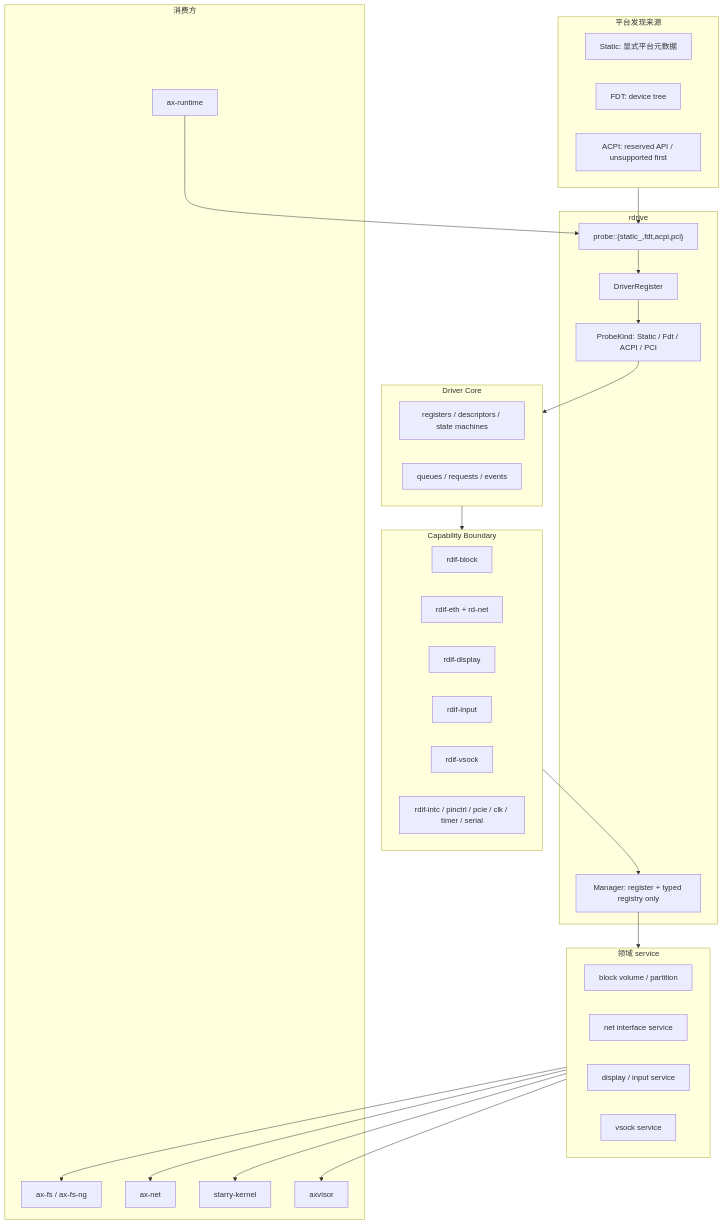
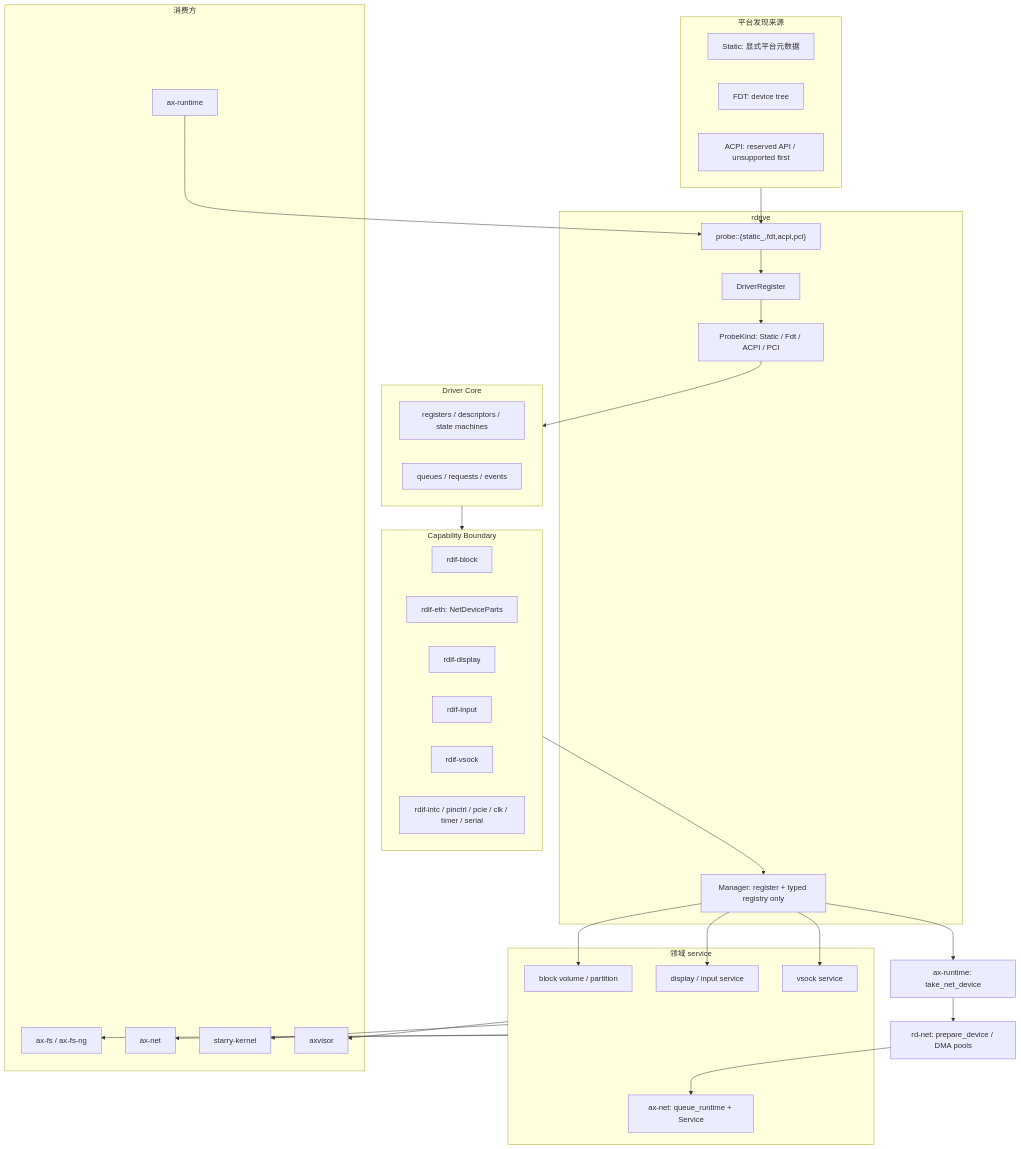
One commit to rcore-os/tgoskits changed the diagram in docs/docs/architecture/driver/architecture.md. Above: the diagram before and after it, drawn with Mermaid. The commit also changed other lines of this file and 10 other files, not shown here.

First line of the commit message:
Refactor network driver architecture and update documentation

````diff
--- a/docs/docs/architecture/driver/architecture.md
+++ b/docs/docs/architecture/driver/architecture.md
@@ -12,57 +12,62 @@
 ```mermaid
 flowchart TB
     subgraph Sources["平台发现来源"]
         Static["Static: 显式平台元数据"]
         Fdt["FDT: device tree"]
         Acpi["ACPI: reserved API / unsupported first"]
     end
 
     subgraph Rdrive["rdrive"]
         Manager["Manager: register + typed registry only"]
         Register["DriverRegister"]
         Kind["ProbeKind: Static / Fdt / ACPI / PCI"]
         Backends["probe::{static_,fdt,acpi,pci}"]
     end
 
     subgraph DriverCore["Driver Core"]
         HwState["registers / descriptors / state machines"]
         Queues["queues / requests / events"]
     end
 
     subgraph Capability["Capability Boundary"]
         RdifBlock["rdif-block"]
-        RdifEth["rdif-eth + rd-net"]
+        RdifEth["rdif-eth: NetDeviceParts"]
         RdifDisplay["rdif-display"]
         RdifInput["rdif-input"]
         RdifVsock["rdif-vsock"]
         RdifPlatform["rdif-intc / pinctrl / pcie / clk / timer / serial"]
     end
 
     subgraph Services["领域 service"]
         BlockVolume["block volume / partition"]
-        NetService["net interface service"]
+        NetService["ax-net: queue_runtime + Service"]
         UiService["display / input service"]
         VsockService["vsock service"]
     end
 
     subgraph Consumers["消费方"]
         Runtime["ax-runtime"]
         Fs["ax-fs / ax-fs-ng"]
         Net["ax-net"]
         Starry["starry-kernel"]
         Axvisor["axvisor"]
     end
 
     Sources --> Backends
     Backends --> Register
     Register --> Kind
     Kind --> DriverCore
     DriverCore --> Capability
     Capability --> Manager
     Runtime --> Backends
-    Manager --> Services
+    Manager --> BlockVolume
+    Manager --> UiService
+    Manager --> VsockService
+    Manager --> NetTake["ax-runtime: take_net_device"]
+    NetTake --> NetPrepare["rd-net: prepare_device / DMA pools"]
+    NetPrepare --> NetService
     Services --> Fs
     Services --> Net
     Services --> Starry
     Services --> Axvisor
 ```
````
